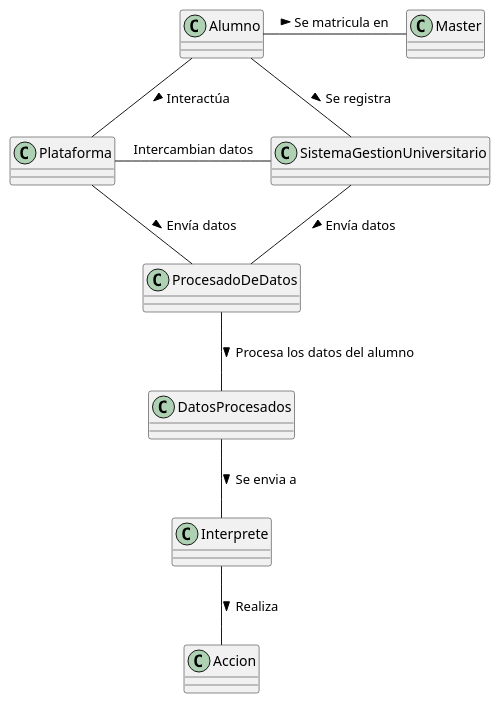
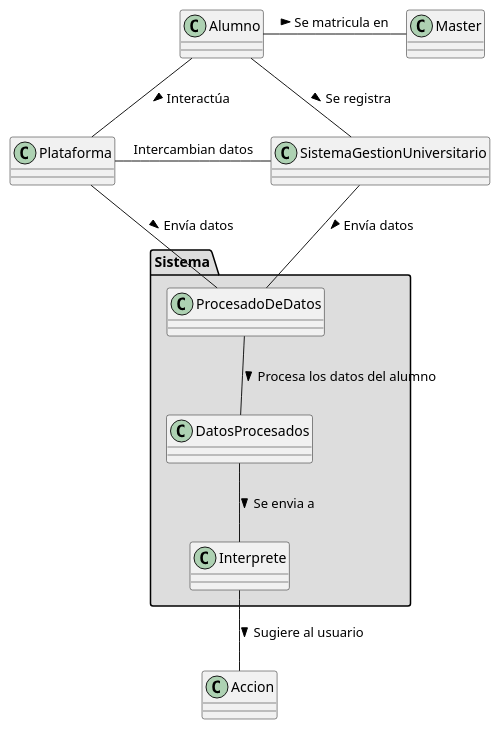
One commit to mmasias/IdSw1-22-23 changed the diagram in 000-entregas/Grupo1/Clases_v2.puml. Above: the diagram before and after it, drawn with PlantUML. The commit also changed 5 other files, not shown here.

```diff
--- a/000-entregas/Grupo1/Clases_v2.puml
+++ b/000-entregas/Grupo1/Clases_v2.puml
@@ -1,19 +1,25 @@
 @startuml Clases
 
+package "Sistema" #DDDDDD {
+    class ProcesadoDeDatos
+    class DatosProcesados
+    class Interprete
+}
+
 Alumno -r- Master : Se matricula en >
-Alumno -- Plataforma : Interactúa > 
+Alumno -- Plataforma : Interactúa >
 Alumno -d- SistemaGestionUniversitario : Se registra >
 
 
 ProcesadoDeDatos -- DatosProcesados : Procesa los datos del alumno >
 
-Plataforma -r- SistemaGestionUniversitario : Intercambian datos 
+Plataforma -r- SistemaGestionUniversitario : Intercambian datos
 
 SistemaGestionUniversitario -- ProcesadoDeDatos : Envía datos >
 Plataforma -- ProcesadoDeDatos : Envía datos >
 
 DatosProcesados -- Interprete : Se envia a >
 
-Interprete -- Accion : Realiza >
+Interprete -- Accion : Sugiere al usuario >
 
 @enduml
```
